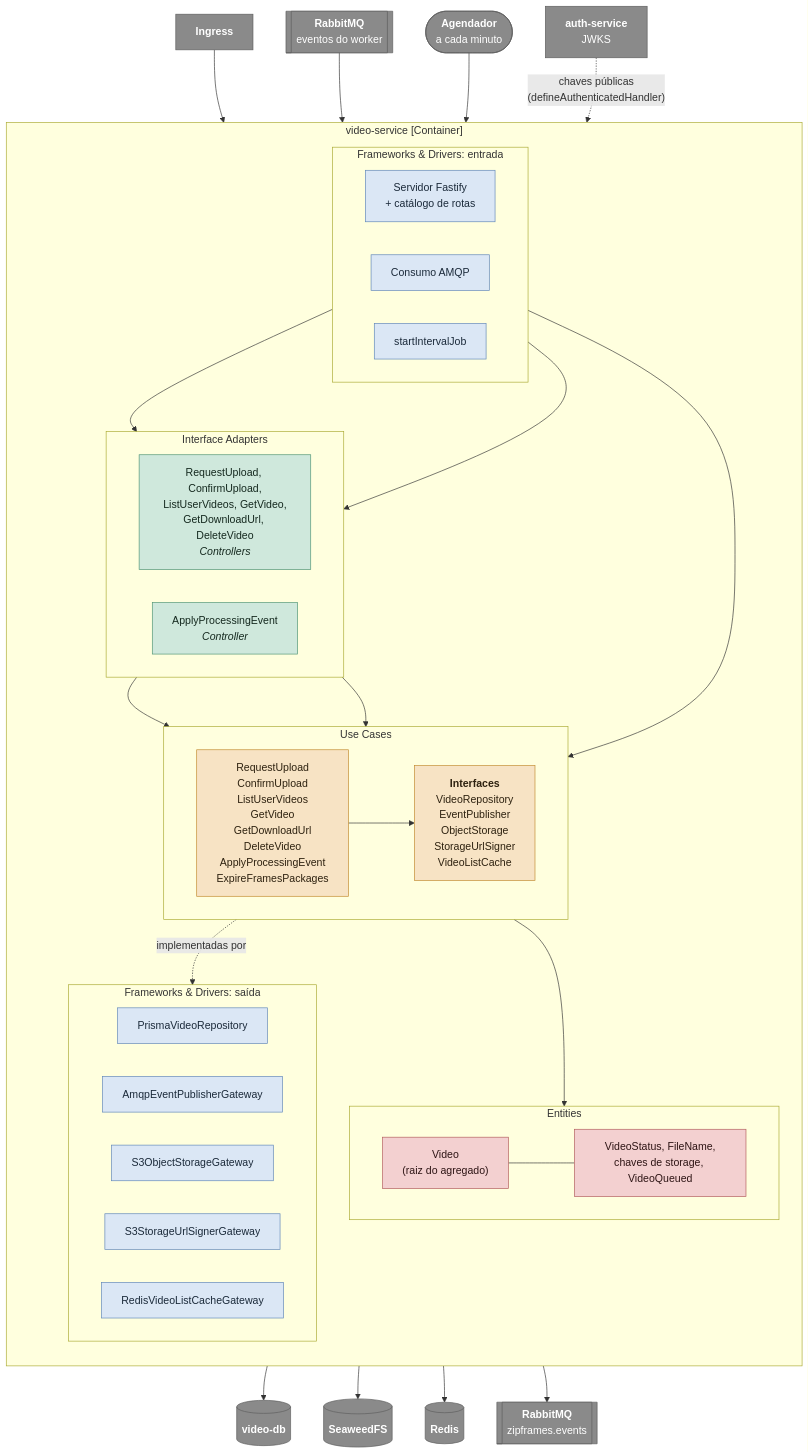
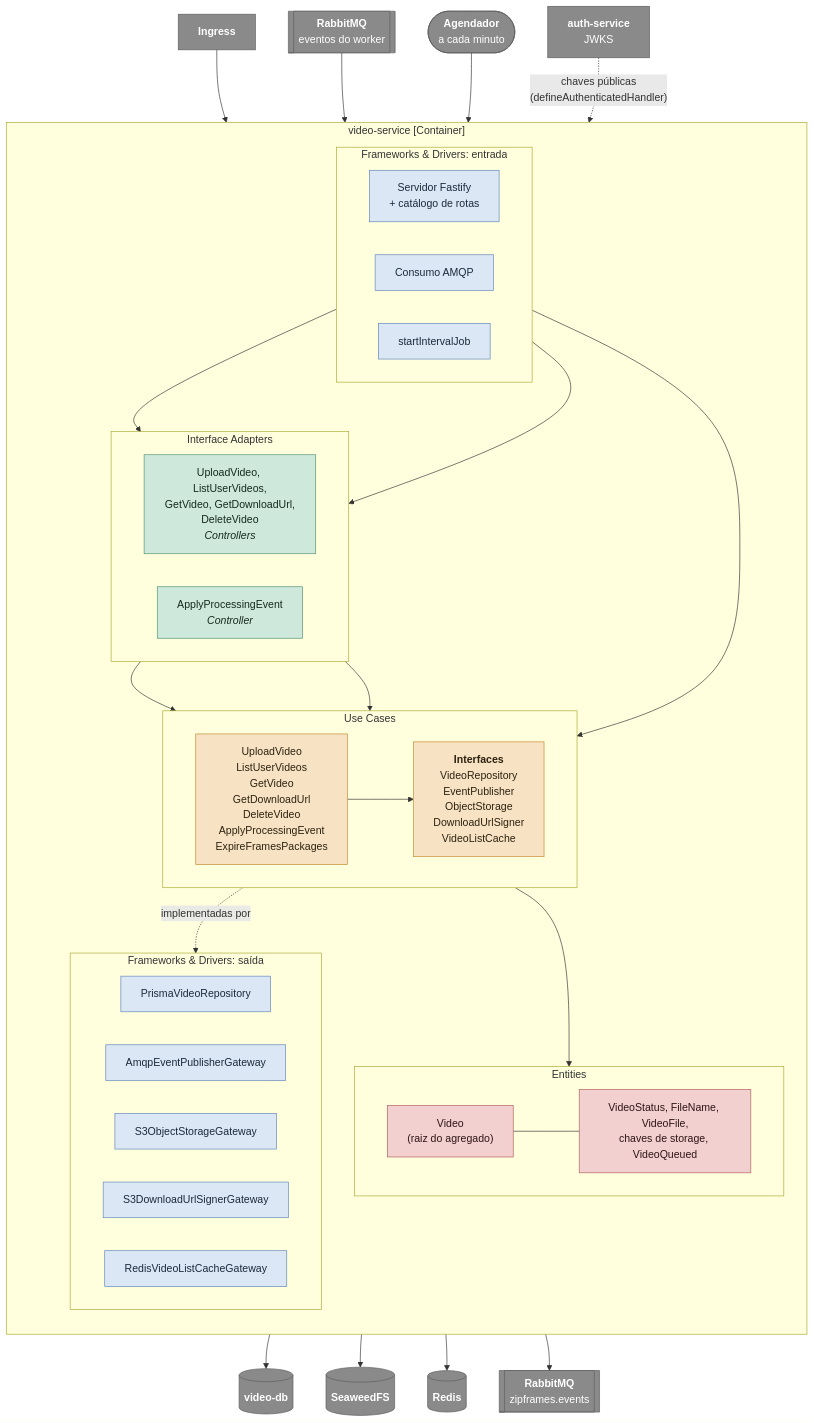
Before and after one commit to knzt/zipframes: the diagram in docs/domain/c4/03-componentes-video-service.md, drawn with Mermaid. The commit also changed other lines of this file and 10 other files, not shown here.

First line of the commit message:
docs: describe the single-upload video flow

````diff
--- a/docs/domain/c4/03-componentes-video-service.md
+++ b/docs/domain/c4/03-componentes-video-service.md
@@ -5,79 +5,79 @@
 ```mermaid
 flowchart TB
   ingress["<b>Ingress</b>"]
   authsvc["<b>auth-service</b><br/>JWKS"]
   brokerin[["<b>RabbitMQ</b><br/>eventos do worker"]]
   timer(["<b>Agendador</b><br/>a cada minuto"])
 
   subgraph vs["video-service [Container]"]
     direction TB
 
     subgraph fwin["Frameworks & Drivers: entrada"]
       direction LR
       fastify["Servidor Fastify<br/>+ catálogo de rotas"]
       amqpin["Consumo AMQP"]
       interval["startIntervalJob"]
     end
 
     subgraph adin["Interface Adapters"]
       direction LR
-      ctrl["RequestUpload, ConfirmUpload,<br/>ListUserVideos, GetVideo,<br/>GetDownloadUrl, DeleteVideo<br/><i>Controllers</i>"]
+      ctrl["UploadVideo, ListUserVideos,<br/>GetVideo, GetDownloadUrl,<br/>DeleteVideo<br/><i>Controllers</i>"]
       consumer["ApplyProcessingEvent<br/><i>Controller</i>"]
     end
 
     subgraph app["Use Cases"]
       direction LR
-      uc["RequestUpload<br/>ConfirmUpload<br/>ListUserVideos<br/>GetVideo<br/>GetDownloadUrl<br/>DeleteVideo<br/>ApplyProcessingEvent<br/>ExpireFramesPackages"]
-      interfaces["<b>Interfaces</b><br/>VideoRepository<br/>EventPublisher<br/>ObjectStorage<br/>StorageUrlSigner<br/>VideoListCache"]
+      uc["UploadVideo<br/>ListUserVideos<br/>GetVideo<br/>GetDownloadUrl<br/>DeleteVideo<br/>ApplyProcessingEvent<br/>ExpireFramesPackages"]
+      interfaces["<b>Interfaces</b><br/>VideoRepository<br/>EventPublisher<br/>ObjectStorage<br/>DownloadUrlSigner<br/>VideoListCache"]
     end
 
     subgraph dom["Entities"]
       direction LR
       video["Video<br/>(raiz do agregado)"]
-      vos["VideoStatus, FileName,<br/>chaves de storage, VideoQueued"]
+      vos["VideoStatus, FileName, VideoFile,<br/>chaves de storage, VideoQueued"]
     end
 
     subgraph fwout["Frameworks & Drivers: saída"]
       direction LR
       repo["PrismaVideoRepository"]
       events["AmqpEventPublisherGateway"]
       objstore["S3ObjectStorageGateway"]
-      signer["S3StorageUrlSignerGateway"]
+      signer["S3DownloadUrlSignerGateway"]
       listcache["RedisVideoListCacheGateway"]
     end
   end
 
   db[("<b>video-db</b>")]
   storage[("<b>SeaweedFS</b>")]
   cache[("<b>Redis</b>")]
   brokerout[["<b>RabbitMQ</b><br/>zipframes.events"]]
 
   ingress --> fastify
   brokerin --> amqpin
   timer --> interval
   fastify --> ctrl
   authsvc -. "chaves públicas<br/>(defineAuthenticatedHandler)" .-> ctrl
   amqpin --> consumer
   interval --> uc
   ctrl --> uc
   consumer --> uc
   uc --> video
   video --- vos
   uc --> interfaces
   interfaces -. "implementadas por" .-> fwout
   repo --> db
   objstore --> storage
   listcache --> cache
   events --> brokerout
 
   classDef ext fill:#8a8a8a,stroke:#5e5e5e,color:#ffffff
   classDef fwc fill:#dbe7f5,stroke:#5f86b8,color:#1b2a3a
   classDef adc fill:#cfe8dc,stroke:#4e9373,color:#15291f
   classDef appc fill:#f7e3c4,stroke:#c28a2e,color:#2e2210
   classDef domc fill:#f3d0d0,stroke:#b35c5c,color:#2e1515
   class ingress,authsvc,brokerin,timer,db,storage,cache,brokerout ext
   class fastify,amqpin,interval,repo,events,objstore,signer,listcache fwc
   class ctrl,consumer adc
   class uc,interfaces appc
   class video,vos domc
 ```
````
